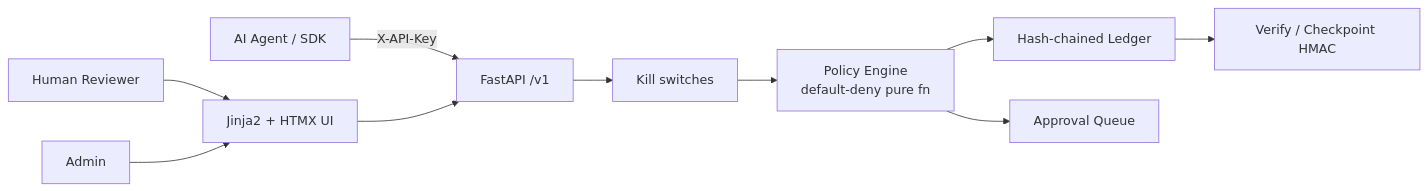
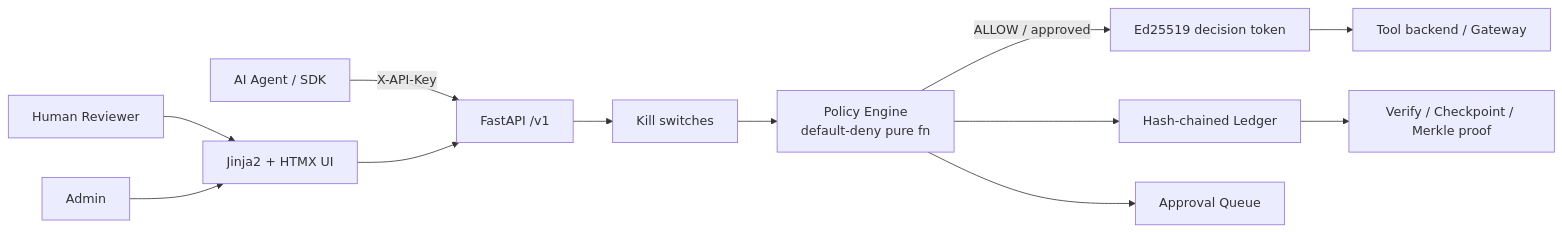
The diagram in README.md (CodeMudit/AgentWarden), drawn with Mermaid before and after one commit. The commit also changed other lines of this file and 101 other files, not shown here.

````diff
--- a/README.md
+++ b/README.md
@@ -54,12 +47,14 @@
 ```mermaid
 flowchart LR
   Agent[AI Agent / SDK] -->|X-API-Key| API[FastAPI /v1]
   API --> KS[Kill switches]
   KS --> Policy[Policy Engine<br/>default-deny pure fn]
+  Policy -->|ALLOW / approved| Token[Ed25519 decision token]
   Policy --> Ledger[Hash-chained Ledger]
   Policy --> Queue[Approval Queue]
+  Token --> Tool[Tool backend / Gateway]
   Reviewer[Human Reviewer] --> Web[Jinja2 + HTMX UI]
   Web --> API
   Admin[Admin] --> Web
-  Ledger --> Verify[Verify / Checkpoint HMAC]
+  Ledger --> Verify[Verify / Checkpoint / Merkle proof]
 ```
````
